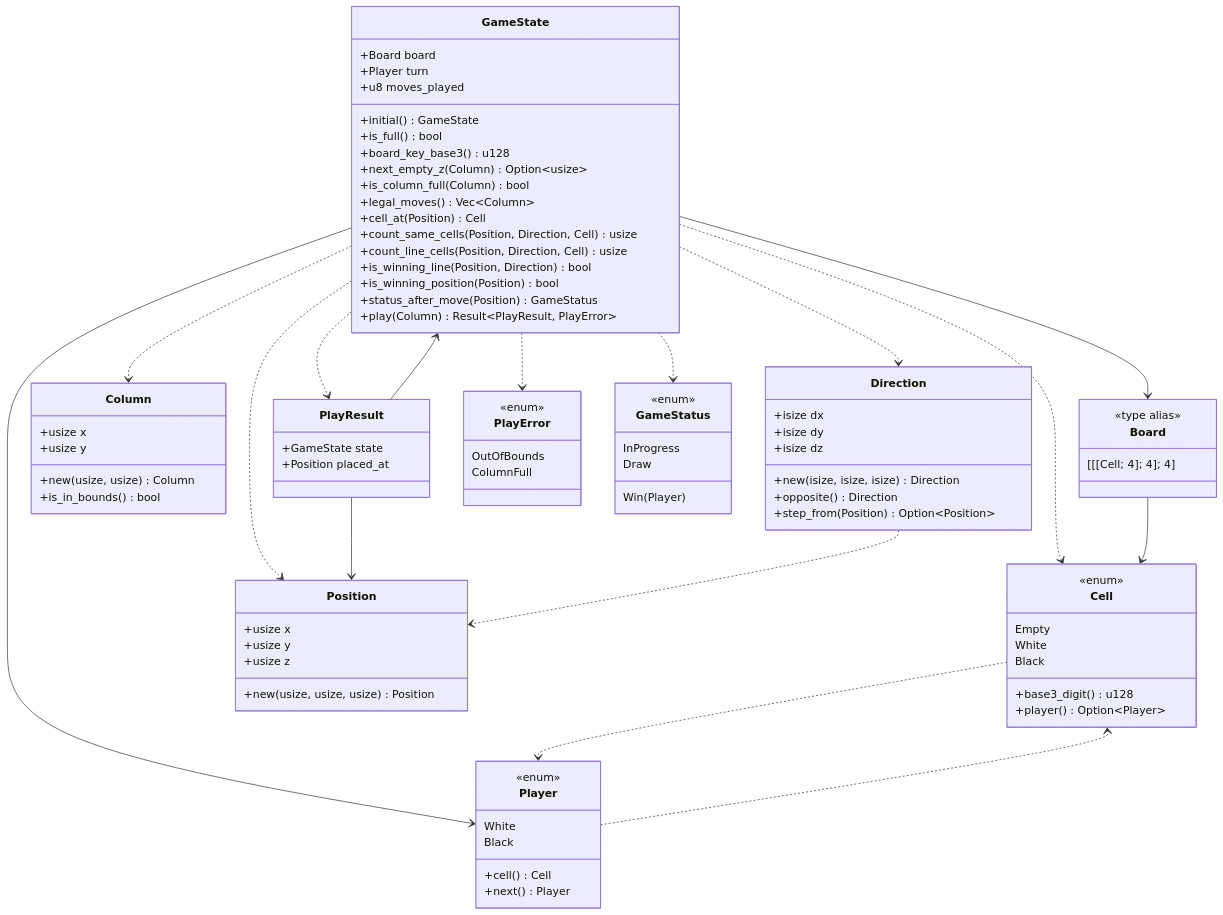
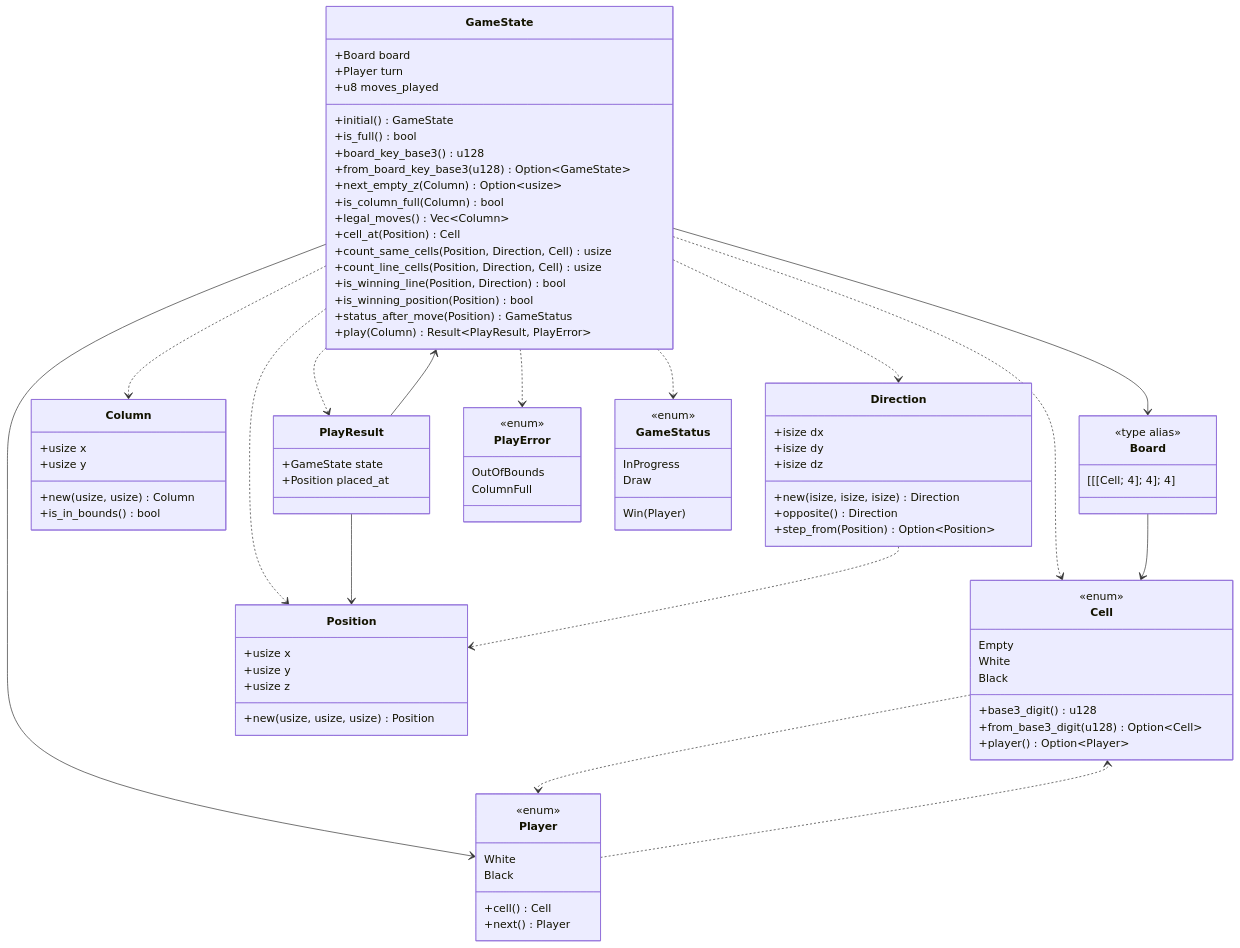
One commit to keiichiro-sonoda/rittai4moku changed the first of 7 diagrams in docs/uml.md. Above: the diagram before and after it, drawn with Mermaid. The commit also changed other lines of this file and 4 other files, not shown here.

First line of the commit message:
Add functions to restore GameState from base3 representation

```diff
--- a/docs/uml.md
+++ b/docs/uml.md
@@ -19,6 +19,7 @@
         +initial() GameState
         +is_full() bool
         +board_key_base3() u128
+        +from_board_key_base3(u128) Option~GameState~
         +next_empty_z(Column) Option~usize~
         +is_column_full(Column) bool
         +legal_moves() Vec~Column~
@@ -42,6 +43,7 @@
         White
         Black
         +base3_digit() u128
+        +from_base3_digit(u128) Option~Cell~
         +player() Option~Player~
     }
 
```
